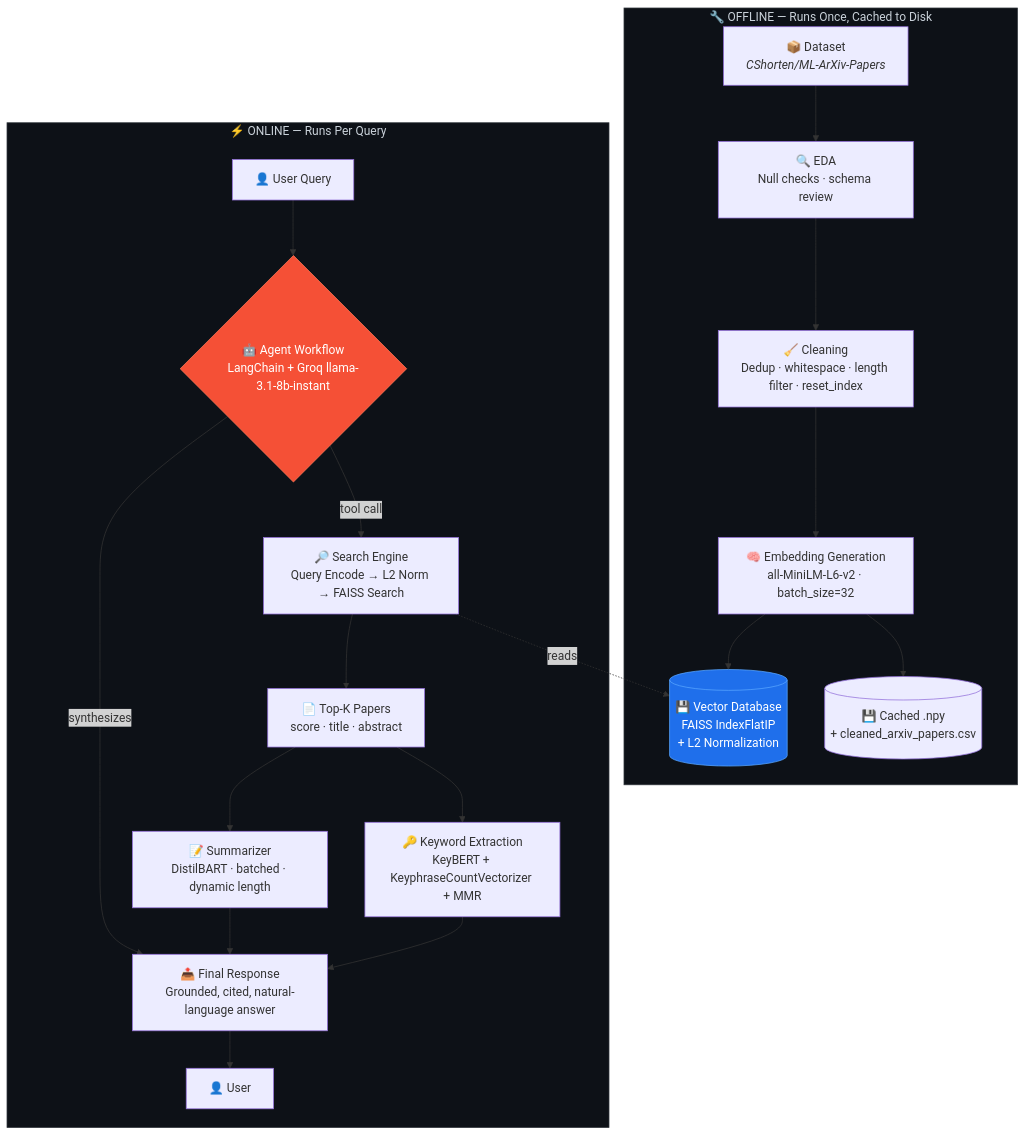
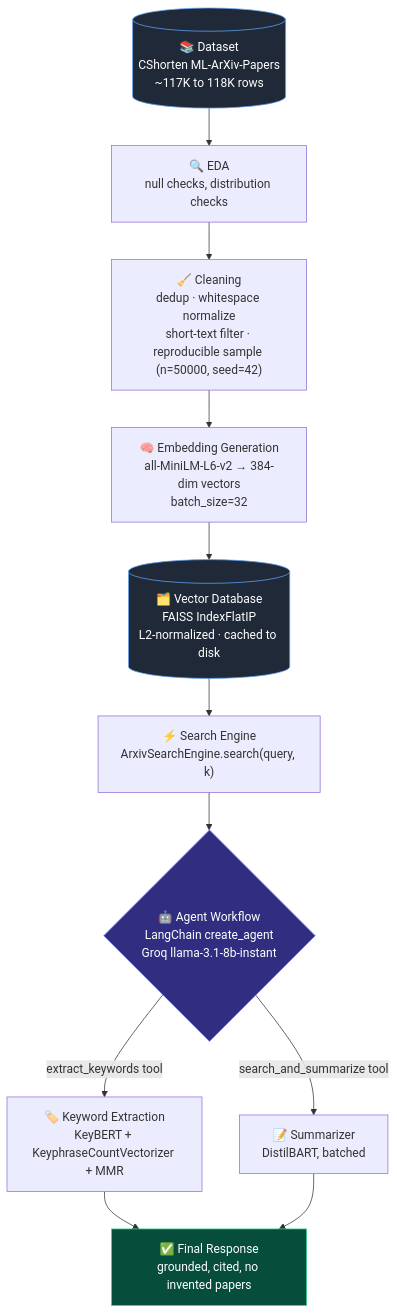
One commit to aayushdalal/Fanite changed the first of 6 diagrams in README.md. Above: the diagram before and after it, drawn with Mermaid. The commit also changed other lines of this file, not shown here.

````diff
--- a/README.md
+++ b/README.md
@@ -160,28 +139,18 @@
 ```mermaid
 flowchart TD
-    subgraph OFFLINE["🔧 OFFLINE — Runs Once, Cached to Disk"]
-        A["📦 Dataset<br/><i>CShorten/ML-ArXiv-Papers</i>"] --> B["🔍 EDA<br/>Null checks · schema review"]
-        B --> C["🧹 Cleaning<br/>Dedup · whitespace · length filter · reset_index"]
-        C --> D["🧠 Embedding Generation<br/>all-MiniLM-L6-v2 · batch_size=32"]
-        D --> E[("💾 Vector Database<br/>FAISS IndexFlatIP<br/>+ L2 Normalization")]
-        D --> DC[("💾 Cached .npy<br/>+ cleaned_arxiv_papers.csv")]
-    end
+    A[("📚 Dataset<br/>CShorten ML-ArXiv-Papers<br/>~117K to 118K rows")] --> B["🔍 EDA<br/>null checks, distribution checks"]
+    B --> C["🧹 Cleaning<br/>dedup · whitespace normalize<br/>short-text filter · reproducible sample (n=50000, seed=42)"]
+    C --> D["🧠 Embedding Generation<br/>all-MiniLM-L6-v2 → 384-dim vectors<br/>batch_size=32"]
+    D --> E[("🗂️ Vector Database<br/>FAISS IndexFlatIP<br/>L2-normalized · cached to disk")]
+    E --> F["⚡ Search Engine<br/>ArxivSearchEngine.search(query, k)"]
+    F --> G{"🤖 Agent Workflow<br/>LangChain create_agent<br/>Groq llama-3.1-8b-instant"}
+    G -->|extract_keywords tool| H["🏷️ Keyword Extraction<br/>KeyBERT + KeyphraseCountVectorizer + MMR"]
+    G -->|search_and_summarize tool| I["📝 Summarizer<br/>DistilBART, batched"]
+    H --> J["✅ Final Response<br/>grounded, cited, no invented papers"]
+    I --> J
 
-    subgraph ONLINE["⚡ ONLINE — Runs Per Query"]
-        Q["👤 User Query"] --> AG{"🤖 Agent Workflow<br/>LangChain + Groq llama-3.1-8b-instant"}
-        AG -->|"tool call"| SE["🔎 Search Engine<br/>Query Encode → L2 Norm → FAISS Search"]
-        SE -.->|"reads"| E
-        SE --> TOPK["📄 Top-K Papers<br/>score · title · abstract"]
-        TOPK --> KW["🔑 Keyword Extraction<br/>KeyBERT + KeyphraseCountVectorizer + MMR"]
-        TOPK --> SUM["📝 Summarizer<br/>DistilBART · batched · dynamic length"]
-        KW --> RESP["📤 Final Response<br/>Grounded, cited, natural-language answer"]
-        SUM --> RESP
-        AG -->|"synthesizes"| RESP
-        RESP --> USER["👤 User"]
-    end
-
-    style OFFLINE fill:#0d1117,stroke:#30363d,color:#c9d1d9
-    style ONLINE fill:#0d1117,stroke:#30363d,color:#c9d1d9
-    style E fill:#1f6feb,stroke:#58a6ff,color:#ffffff
-    style AG fill:#f55036,stroke:#ff7b59,color:#ffffff
+    style A fill:#1f2937,stroke:#60a5fa,color:#fff
+    style E fill:#1f2937,stroke:#60a5fa,color:#fff
+    style G fill:#312e81,stroke:#818cf8,color:#fff
+    style J fill:#064e3b,stroke:#34d399,color:#fff
 ```
````
